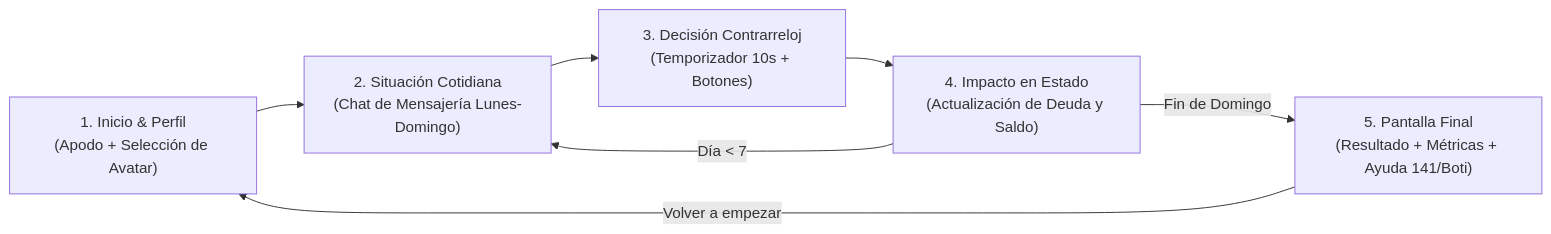
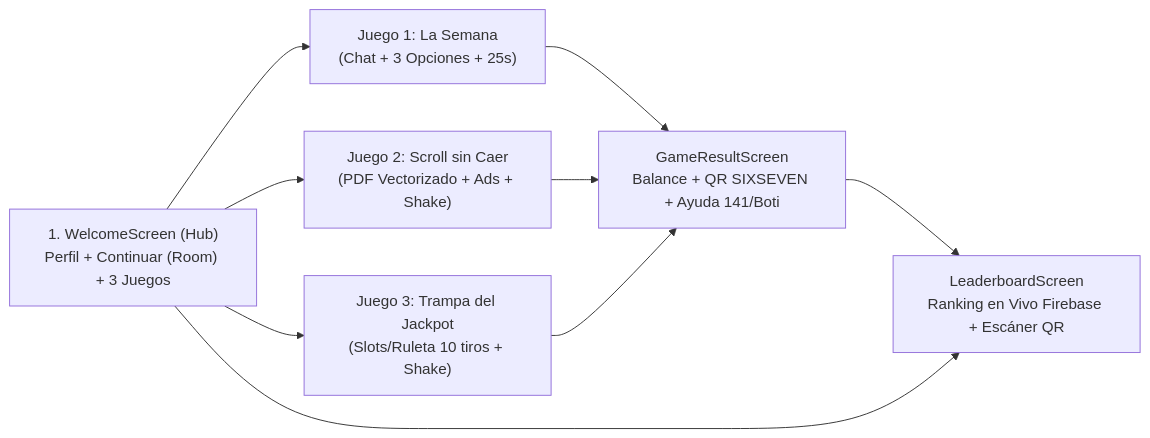
The diagram in README.md (314-thon/DAM), drawn with Mermaid before and after one commit. The commit also changed other lines of this file and 19 other files, not shown here.

Commit message:
feat: implementar evolucion de segunda entrega (minijuegos, Room, Firebase ranking, acelerometro y QR)

````diff
--- a/README.md
+++ b/README.md
@@ -28,9 +41,11 @@
 ```mermaid
 flowchart LR
-    A["1. Inicio & Perfil\n(Apodo + Selección de Avatar)"] --> B["2. Situación Cotidiana\n(Chat de Mensajería Lunes-Domingo)"]
-    B --> C["3. Decisión Contrarreloj\n(Temporizador 10s + Botones)"]
-    C --> D["4. Impacto en Estado\n(Actualización de Deuda y Saldo)"]
-    D -->|Día < 7| B
-    D -->|Fin de Domingo| E["5. Pantalla Final\n(Resultado + Métricas + Ayuda 141/Boti)"]
-    E -->|Volver a empezar| A
+    A["1. WelcomeScreen (Hub)\nPerfil + Continuar (Room) + 3 Juegos"] --> B1["Juego 1: La Semana\n(Chat + 3 Opciones + 25s)"]
+    A --> B2["Juego 2: Scroll sin Caer\n(PDF Vectorizado + Ads + Shake)"]
+    A --> B3["Juego 3: Trampa del Jackpot\n(Slots/Ruleta 10 tiros + Shake)"]
+    B1 --> C["GameResultScreen\nBalance + QR SIXSEVEN + Ayuda 141/Boti"]
+    B2 --> C
+    B3 --> C
+    C --> D["LeaderboardScreen\nRanking en Vivo Firebase + Escáner QR"]
+    A --> D
 ```
````
